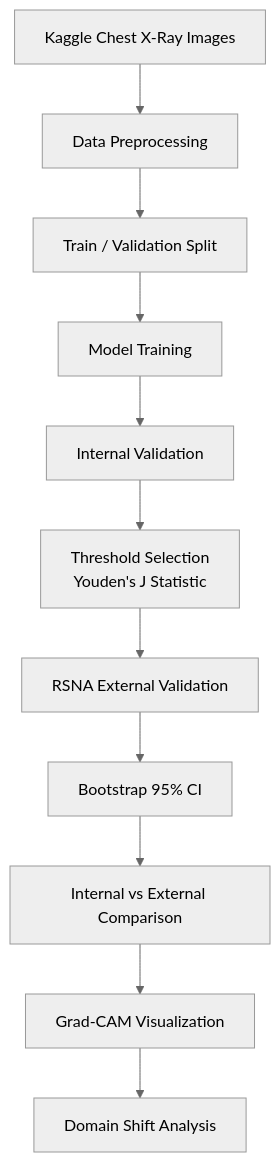
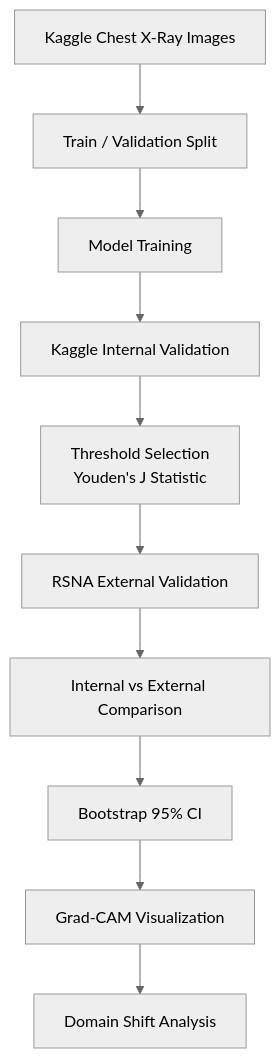
One commit to danielcho02/aip_project changed the diagram in README.md. Above: the diagram before and after it, drawn with Mermaid (neutral theme). The commit also changed other lines of this file, not shown here.

````diff
--- a/README.md
+++ b/README.md
@@ -141,13 +170,12 @@
 ```mermaid
 flowchart TD
-    A[Kaggle Chest X-Ray Images] --> B[Data Preprocessing]
-    B --> C[Train / Validation Split]
-    C --> D[Model Training]
-    D --> E[Internal Validation]
-    E --> F[Threshold Selection<br/>Youden's J Statistic]
-    F --> G[RSNA External Validation]
+    A[Kaggle Chest X-Ray Images] --> B[Train / Validation Split]
+    B --> C[Model Training]
+    C --> D[Kaggle Internal Validation]
+    D --> E[Threshold Selection<br/>Youden's J Statistic]
+    E --> F[RSNA External Validation]
+    F --> G[Internal vs External Comparison]
     G --> H[Bootstrap 95% CI]
-    H --> I[Internal vs External Comparison]
-    I --> J[Grad-CAM Visualization]
-    J --> K[Domain Shift Analysis]
+    H --> I[Grad-CAM Visualization]
+    I --> J[Domain Shift Analysis]
 ```
````
